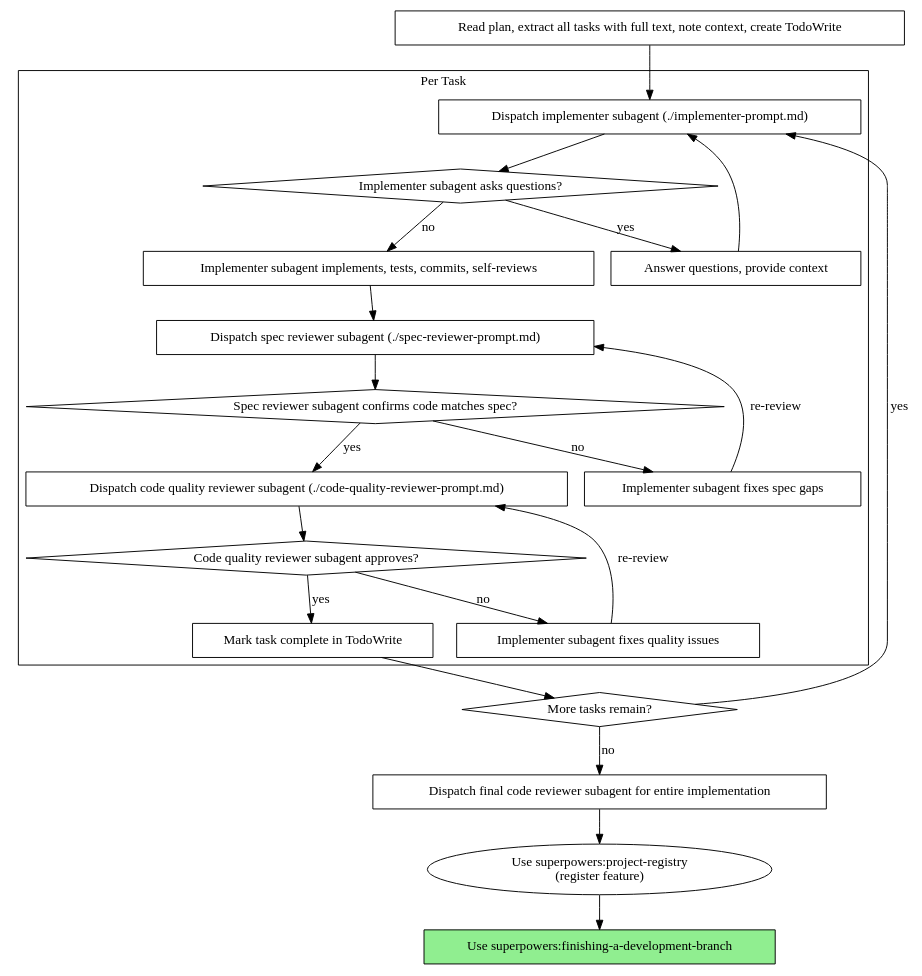
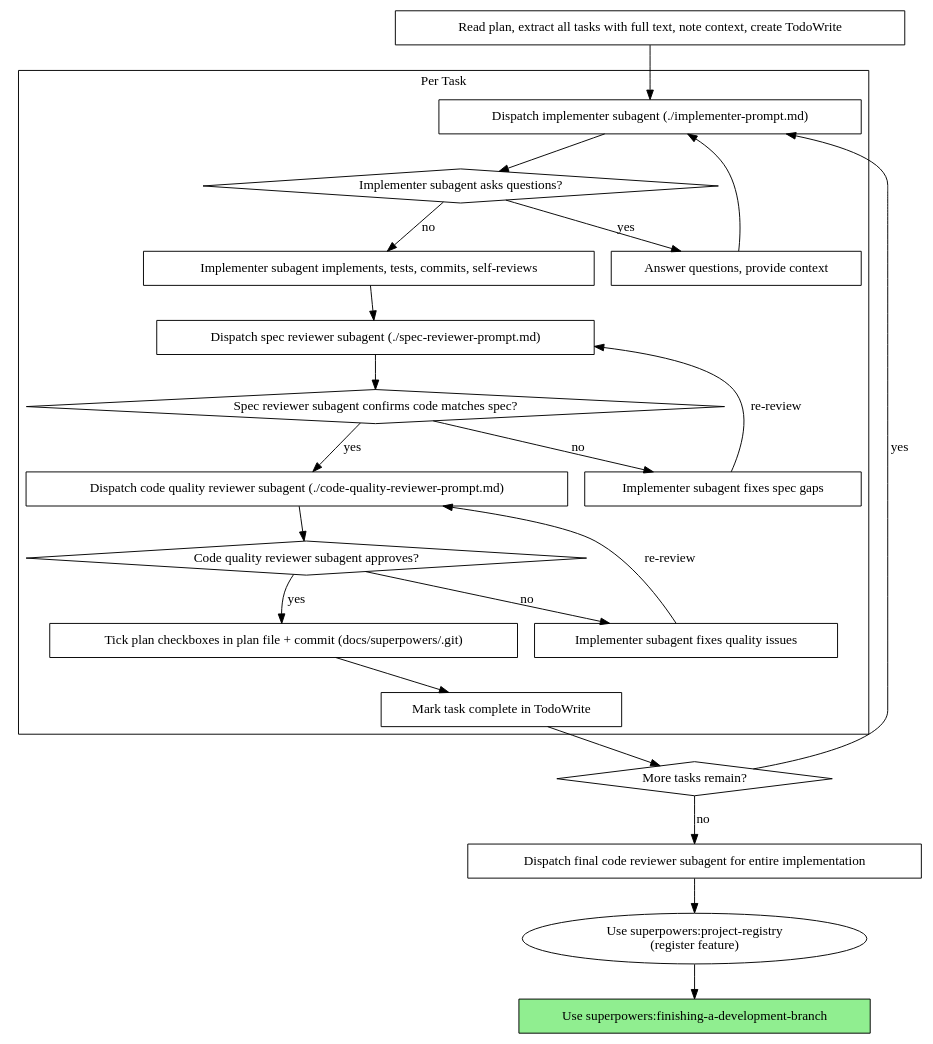
The second of 2 diagrams in skills/subagent-driven-development/SKILL.md (jacek2v/superpowers-j2v), drawn with Graphviz before and after one commit.

Commit message:
subagent-driven-development: add plan checkbox tick step to per-task flow

````diff
--- a/skills/subagent-driven-development/SKILL.md
+++ b/skills/subagent-driven-development/SKILL.md
@@ -44,45 +44,47 @@
 ```dot
 digraph process {
     rankdir=TB;
 
     subgraph cluster_per_task {
         label="Per Task";
         "Dispatch implementer subagent (./implementer-prompt.md)" [shape=box];
         "Implementer subagent asks questions?" [shape=diamond];
         "Answer questions, provide context" [shape=box];
         "Implementer subagent implements, tests, commits, self-reviews" [shape=box];
         "Dispatch spec reviewer subagent (./spec-reviewer-prompt.md)" [shape=box];
         "Spec reviewer subagent confirms code matches spec?" [shape=diamond];
         "Implementer subagent fixes spec gaps" [shape=box];
         "Dispatch code quality reviewer subagent (./code-quality-reviewer-prompt.md)" [shape=box];
         "Code quality reviewer subagent approves?" [shape=diamond];
         "Implementer subagent fixes quality issues" [shape=box];
         "Mark task complete in TodoWrite" [shape=box];
+        "Tick plan checkboxes in plan file + commit (docs/superpowers/.git)" [shape=box];
     }
 
     "Read plan, extract all tasks with full text, note context, create TodoWrite" [shape=box];
     "More tasks remain?" [shape=diamond];
     "Dispatch final code reviewer subagent for entire implementation" [shape=box];
     "Use superpowers:finishing-a-development-branch" [shape=box style=filled fillcolor=lightgreen];
 
     "Read plan, extract all tasks with full text, note context, create TodoWrite" -> "Dispatch implementer subagent (./implementer-prompt.md)";
     "Dispatch implementer subagent (./implementer-prompt.md)" -> "Implementer subagent asks questions?";
     "Implementer subagent asks questions?" -> "Answer questions, provide context" [label="yes"];
     "Answer questions, provide context" -> "Dispatch implementer subagent (./implementer-prompt.md)";
     "Implementer subagent asks questions?" -> "Implementer subagent implements, tests, commits, self-reviews" [label="no"];
     "Implementer subagent implements, tests, commits, self-reviews" -> "Dispatch spec reviewer subagent (./spec-reviewer-prompt.md)";
     "Dispatch spec reviewer subagent (./spec-reviewer-prompt.md)" -> "Spec reviewer subagent confirms code matches spec?";
     "Spec reviewer subagent confirms code matches spec?" -> "Implementer subagent fixes spec gaps" [label="no"];
     "Implementer subagent fixes spec gaps" -> "Dispatch spec reviewer subagent (./spec-reviewer-prompt.md)" [label="re-review"];
     "Spec reviewer subagent confirms code matches spec?" -> "Dispatch code quality reviewer subagent (./code-quality-reviewer-prompt.md)" [label="yes"];
     "Dispatch code quality reviewer subagent (./code-quality-reviewer-prompt.md)" -> "Code quality reviewer subagent approves?";
     "Code quality reviewer subagent approves?" -> "Implementer subagent fixes quality issues" [label="no"];
     "Implementer subagent fixes quality issues" -> "Dispatch code quality reviewer subagent (./code-quality-reviewer-prompt.md)" [label="re-review"];
-    "Code quality reviewer subagent approves?" -> "Mark task complete in TodoWrite" [label="yes"];
+    "Code quality reviewer subagent approves?" -> "Tick plan checkboxes in plan file + commit (docs/superpowers/.git)" [label="yes"];
+    "Tick plan checkboxes in plan file + commit (docs/superpowers/.git)" -> "Mark task complete in TodoWrite";
     "Mark task complete in TodoWrite" -> "More tasks remain?";
     "More tasks remain?" -> "Dispatch implementer subagent (./implementer-prompt.md)" [label="yes"];
     "More tasks remain?" -> "Dispatch final code reviewer subagent for entire implementation" [label="no"];
     "Dispatch final code reviewer subagent for entire implementation" -> "Use superpowers:project-registry\n(register feature)";
     "Use superpowers:project-registry\n(register feature)" -> "Use superpowers:finishing-a-development-branch";
 }
 ```
````
